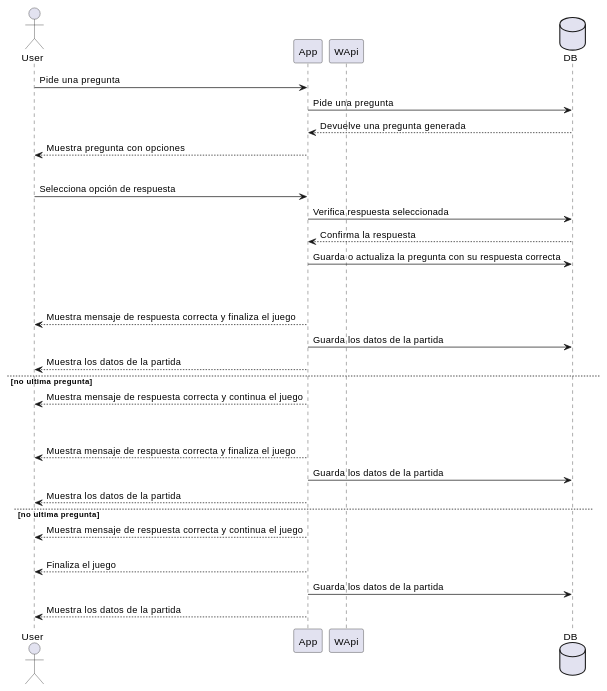
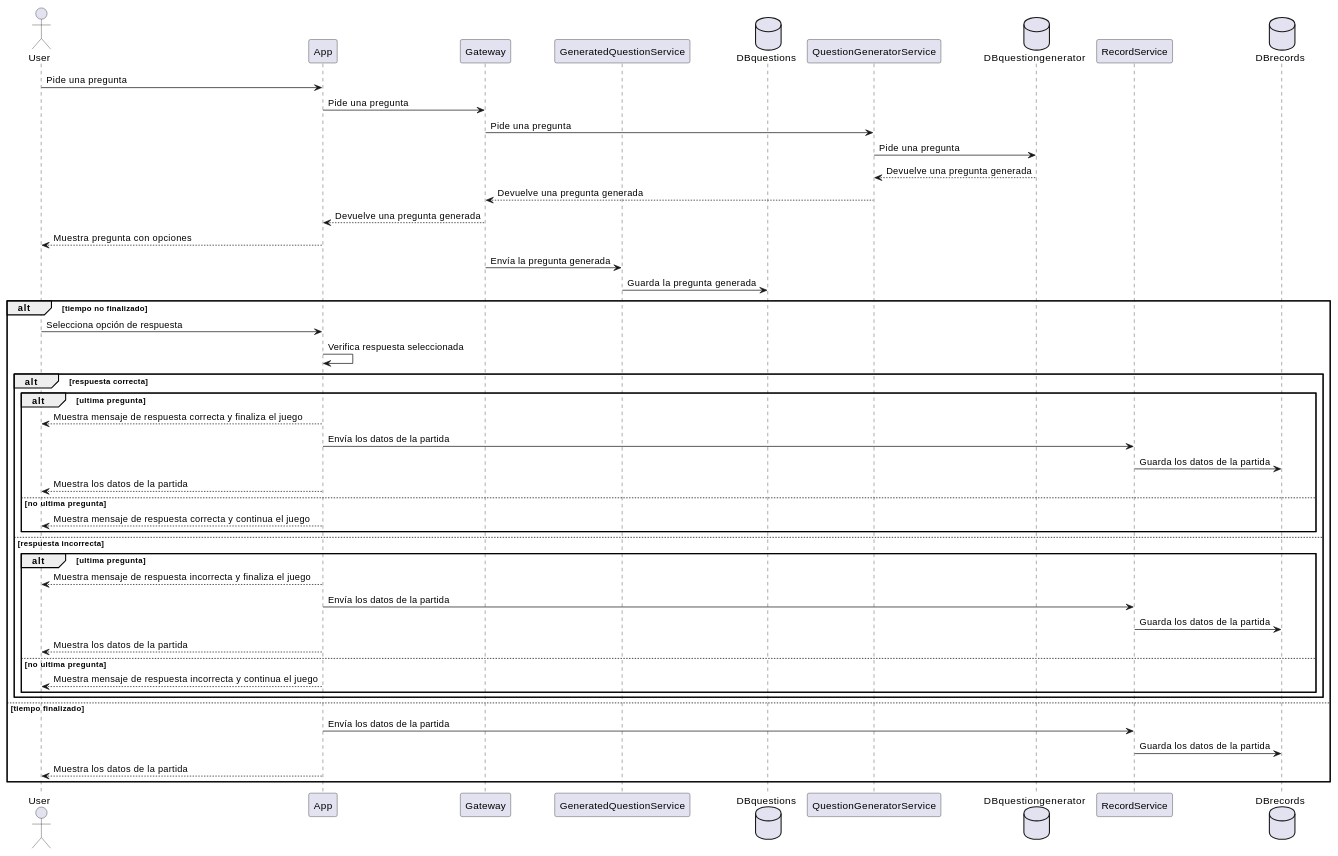
Before and after one commit to Arquisoft/wiq_es6b: the fourth of 9 diagrams in docs/src/06_runtime_view.adoc, drawn with PlantUML. The commit also changed other lines of this file, not shown here.

Commit message:
Actualizados diagramas de secuencia

```diff
--- a/docs/src/06_runtime_view.adoc
+++ b/docs/src/06_runtime_view.adoc
@@ -77,35 +99,50 @@
 [plantuml,"Respuesta",png]
 ----
 actor User
 participant App
-participant WApi
-database DB
+participant Gateway
+participant GeneratedQuestionService
+database DBquestions
+participant QuestionGeneratorService
+database DBquestiongenerator
+participant RecordService
+database DBrecords
 
 User -> App: Pide una pregunta
-App -> DB: Pide una pregunta
-App <-- DB: Devuelve una pregunta generada
+App -> Gateway: Pide una pregunta
+Gateway-> QuestionGeneratorService: Pide una pregunta
+QuestionGeneratorService -> DBquestiongenerator: Pide una pregunta
+QuestionGeneratorService <-- DBquestiongenerator: Devuelve una pregunta generada
+Gateway <-- QuestionGeneratorService : Devuelve una pregunta generada
+App <-- Gateway: Devuelve una pregunta generada
 User <-- App: Muestra pregunta con opciones
+Gateway -> GeneratedQuestionService: Envía la pregunta generada
+GeneratedQuestionService-> DBquestions: Guarda la pregunta generada
 alt tiempo no finalizado
     User -> App: Selecciona opción de respuesta
-    App -> DB: Verifica respuesta seleccionada
-    App <-- DB: Confirma la respuesta
-    App -> DB: Guarda o actualiza la pregunta con su respuesta correcta
+    App -> App: Verifica respuesta seleccionada
     alt respuesta correcta
         alt ultima pregunta
             User <-- App: Muestra mensaje de respuesta correcta y finaliza el juego
-            App -> DB: Guarda los datos de la partida
+            App -> RecordService: Envía los datos de la partida
+            RecordService -> DBrecords: Guarda los datos de la partida
             User <-- App: Muestra los datos de la partida
         else no ultima pregunta
             User <-- App: Muestra mensaje de respuesta correcta y continua el juego
+        end
     else respuesta incorrecta
         alt ultima pregunta
-            User <-- App: Muestra mensaje de respuesta correcta y finaliza el juego
-            App -> DB: Guarda los datos de la partida
+            User <-- App: Muestra mensaje de respuesta incorrecta y finaliza el juego
+            App -> RecordService: Envía los datos de la partida
+            RecordService -> DBrecords: Guarda los datos de la partida
             User <-- App: Muestra los datos de la partida
         else no ultima pregunta
-            User <-- App: Muestra mensaje de respuesta correcta y continua el juego
+            User <-- App: Muestra mensaje de respuesta incorrecta y continua el juego
+        end
+    end
 else tiempo finalizado
-    User <-- App: Finaliza el juego
-    App -> DB: Guarda los datos de la partida
+    App -> RecordService: Envía los datos de la partida
+    RecordService -> DBrecords: Guarda los datos de la partida
     User <-- App: Muestra los datos de la partida
+end
 ----
```
